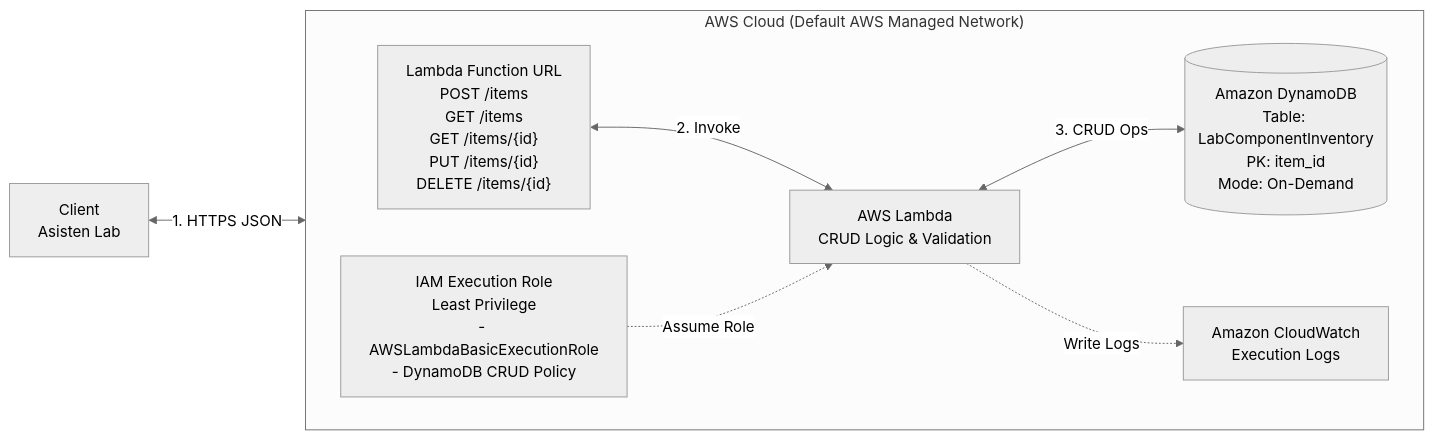
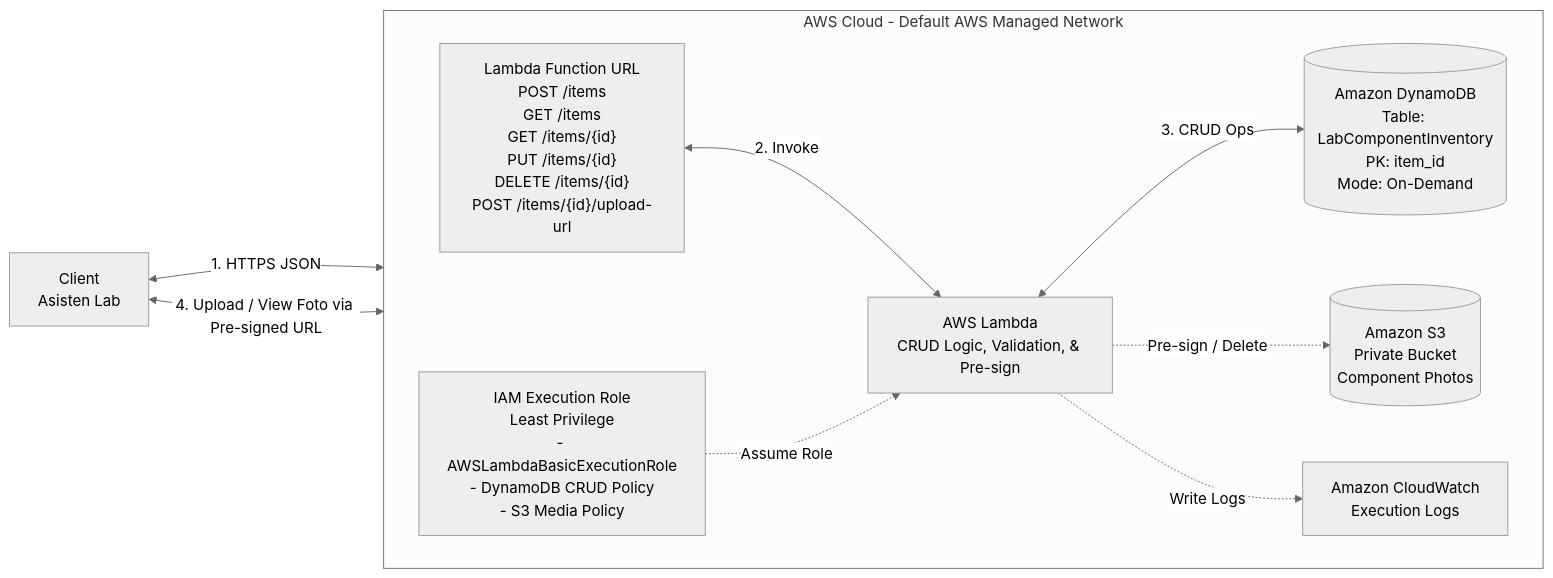
The diagram in README.md (beambomb/LabVentory), drawn with Mermaid (neutral theme) before and after one commit. The commit also changed other lines of this file, not shown here.

Commit message:
docs: update README with Amazon S3 photo storage and upload-url contract

````diff
--- a/README.md
+++ b/README.md
@@ -12,12 +12,14 @@
 ```mermaid
 flowchart LR
-    User["Client<br/>Asisten Lab"] <-->|"1. HTTPS JSON"| Entry["Lambda Function URL<br/>POST /items<br/>GET /items<br/>GET /items/{id}<br/>PUT /items/{id}<br/>DELETE /items/{id}"]
+    User["Client<br/>Asisten Lab"] <-->|"1. HTTPS JSON"| Entry["Lambda Function URL<br/>POST /items<br/>GET /items<br/>GET /items/{id}<br/>PUT /items/{id}<br/>DELETE /items/{id}<br/>POST /items/{id}/upload-url"]
+    User <-->|"4. Upload / View Foto via Pre-signed URL"| S3[("Amazon S3<br/>Private Bucket<br/>Component Photos")]
 
-    subgraph AWS["AWS Cloud (Default AWS Managed Network)"]
+    subgraph AWS["AWS Cloud - Default AWS Managed Network"]
         direction LR
-        Entry <-->|"2. Invoke"| Lambda["AWS Lambda<br/>CRUD Logic & Validation"]
-        IAM["IAM Execution Role<br/>Least Privilege<br/>- AWSLambdaBasicExecutionRole<br/>- DynamoDB CRUD Policy"] -.->|"Assume Role"| Lambda
+        Entry <-->|"2. Invoke"| Lambda["AWS Lambda<br/>CRUD Logic, Validation, & Pre-sign"]
+        IAM["IAM Execution Role<br/>Least Privilege<br/>- AWSLambdaBasicExecutionRole<br/>- DynamoDB CRUD Policy<br/>- S3 Media Policy"] -.->|"Assume Role"| Lambda
         Lambda <-->|"3. CRUD Ops"| DDB[("Amazon DynamoDB<br/>Table: LabComponentInventory<br/>PK: item_id<br/>Mode: On-Demand")]
+        Lambda -.->|"Pre-sign / Delete"| S3
         Lambda -.->|"Write Logs"| CW["Amazon CloudWatch<br/>Execution Logs"]
     end
 ```
````
